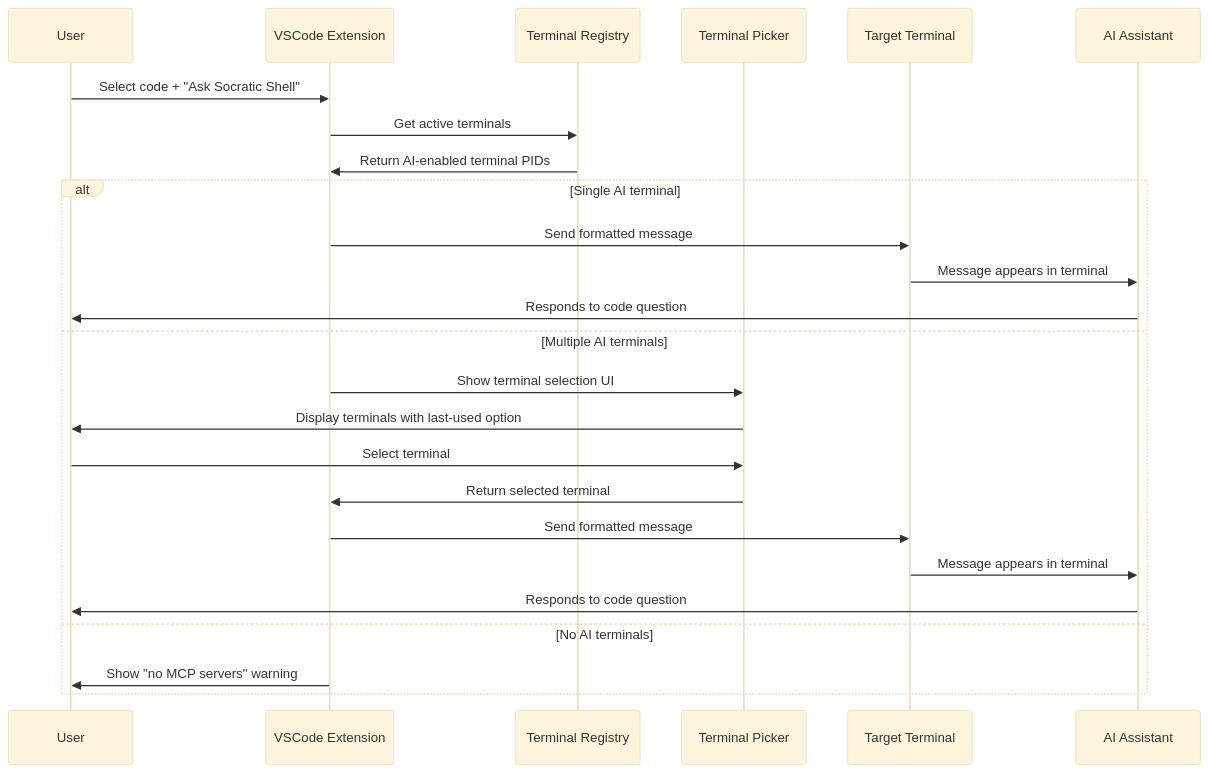
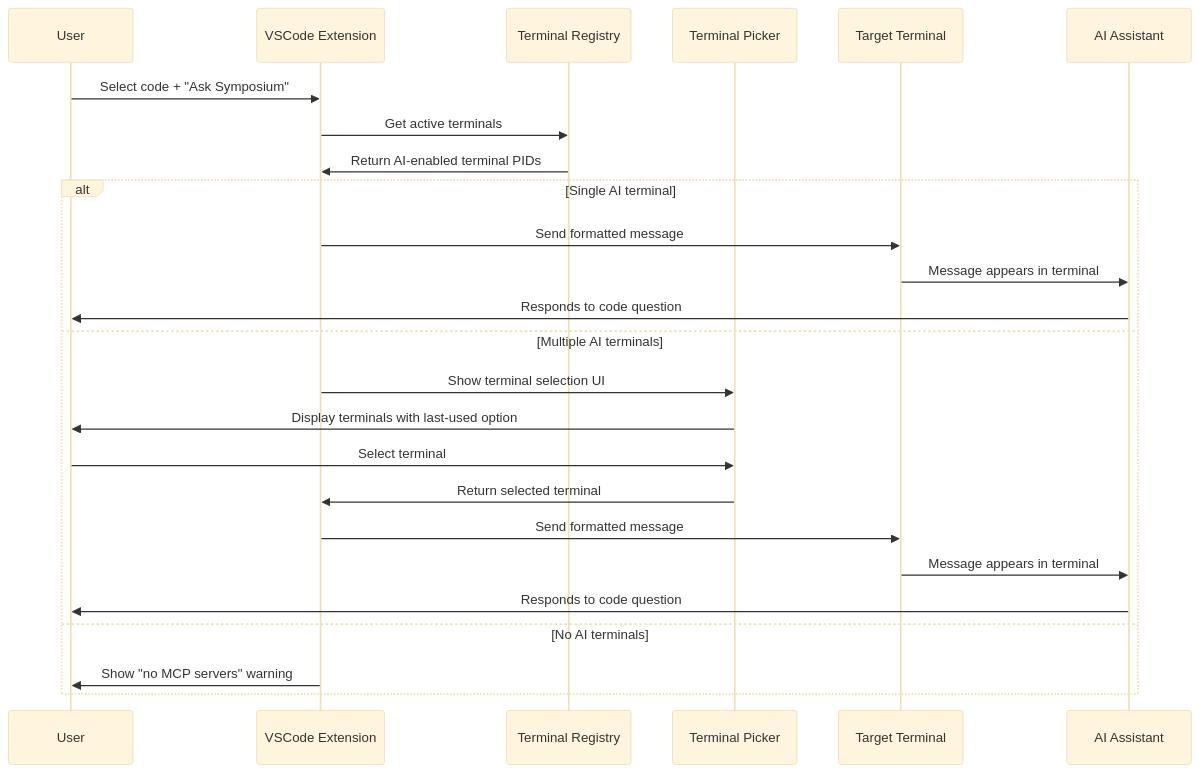
Before and after one commit to socratic-shell/symposium: the second of 4 diagrams in md/design/message-flows.md, drawn with Mermaid (base theme). The commit also changed other lines of this file and 28 other files, not shown here.

Commit message:
s/Socratic Shell/Symposium/

````diff
--- a/md/design/message-flows.md
+++ b/md/design/message-flows.md
@@ -40,29 +40,29 @@
 ```mermaid
 sequenceDiagram
     participant User
     participant Ext as VSCode Extension
     participant Registry as Terminal Registry
     participant Picker as Terminal Picker
     participant Term as Target Terminal
     participant AI as AI Assistant
 
-    User->>Ext: Select code + "Ask Socratic Shell"
+    User->>Ext: Select code + "Ask Symposium"
     Ext->>Registry: Get active terminals
     Registry->>Ext: Return AI-enabled terminal PIDs
     
     alt Single AI terminal
         Ext->>Term: Send formatted message
         Term->>AI: Message appears in terminal
         AI->>User: Responds to code question
     else Multiple AI terminals
         Ext->>Picker: Show terminal selection UI
         Picker->>User: Display terminals with last-used option
         User->>Picker: Select terminal
         Picker->>Ext: Return selected terminal
         Ext->>Term: Send formatted message
         Term->>AI: Message appears in terminal
         AI->>User: Responds to code question
     else No AI terminals
         Ext->>User: Show "no MCP servers" warning
     end
 ```
````
